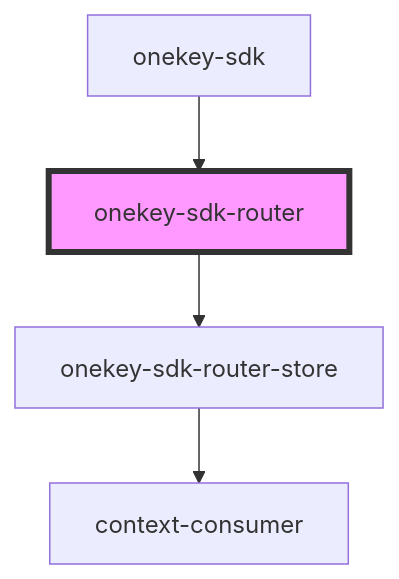
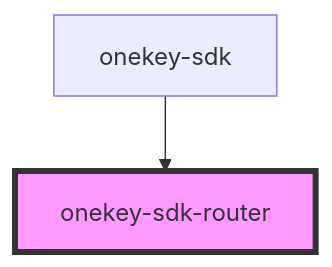
The diagram in docs/components/onekey-sdk-router/readme.md (hcl-sdk/HealthCareLocatorWebSDK), drawn with Mermaid before and after one commit. The commit also changed other lines of this file and 181 other files, not shown here.

````diff
--- a/docs/components/onekey-sdk-router/readme.md
+++ b/docs/components/onekey-sdk-router/readme.md
@@ -19,7 +15,5 @@
 ```mermaid
 graph TD;
-  onekey-sdk-router --> onekey-sdk-router-store
-  onekey-sdk-router-store --> context-consumer
   onekey-sdk --> onekey-sdk-router
   style onekey-sdk-router fill:#f9f,stroke:#333,stroke-width:4px
 ```
````
